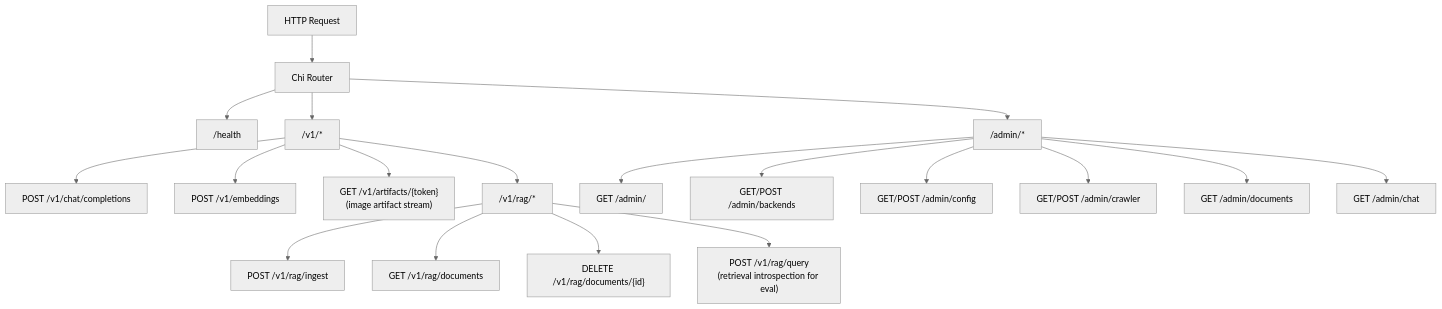
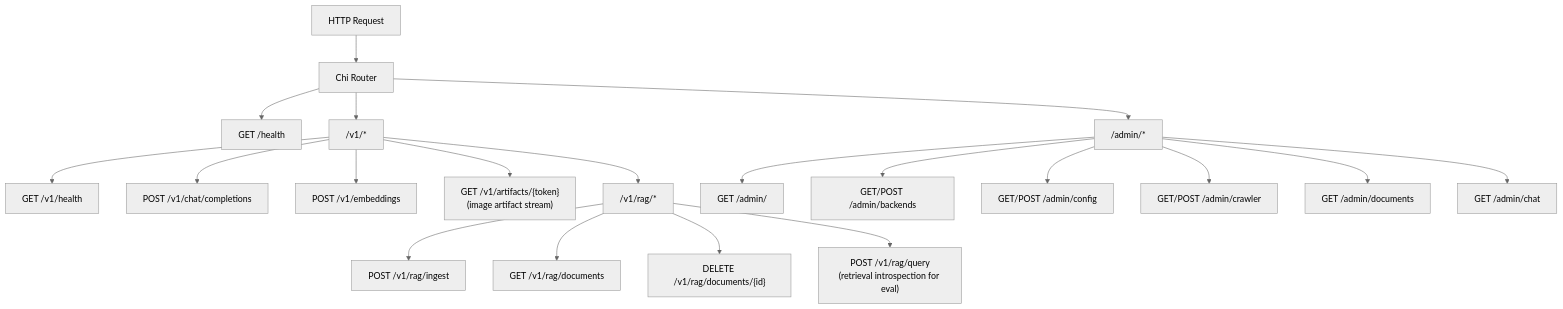
Before and after one commit to klnstprx/etsi-rag: the seventh of 8 diagrams in docs/diagrams.md, drawn with Mermaid (neutral theme). The commit also changed other lines of this file and 2 other files, not shown here.

````diff
--- a/docs/diagrams.md
+++ b/docs/diagrams.md
@@ -209,25 +245,26 @@
 ```mermaid
 flowchart TB
     HTTP["HTTP Request"] --> Router["Chi Router"]
 
-    Router --> Health["/health"]
+    Router --> Health["GET /health"]
     Router --> V1["/v1/*"]
     Router --> AdminRoutes["/admin/*"]
 
+    V1 --> V1Health["GET /v1/health"]
     V1 --> ChatComp["POST /v1/chat/completions"]
     V1 --> Embeddings["POST /v1/embeddings"]
     V1 --> Artifacts["GET /v1/artifacts/{token}<br/>(image artifact stream)"]
     V1 --> RAGRoutes["/v1/rag/*"]
 
     RAGRoutes --> Ingest["POST /v1/rag/ingest"]
     RAGRoutes --> ListDocs["GET /v1/rag/documents"]
     RAGRoutes --> DeleteDoc["DELETE /v1/rag/documents/{id}"]
     RAGRoutes --> Query["POST /v1/rag/query<br/>(retrieval introspection for eval)"]
 
     AdminRoutes --> Dashboard["GET /admin/"]
     AdminRoutes --> Backends["GET/POST /admin/backends"]
     AdminRoutes --> ConfigPage["GET/POST /admin/config"]
     AdminRoutes --> CrawlerPage["GET/POST /admin/crawler"]
     AdminRoutes --> Documents["GET /admin/documents"]
     AdminRoutes --> AgentChat["GET /admin/chat"]
 ```
````
